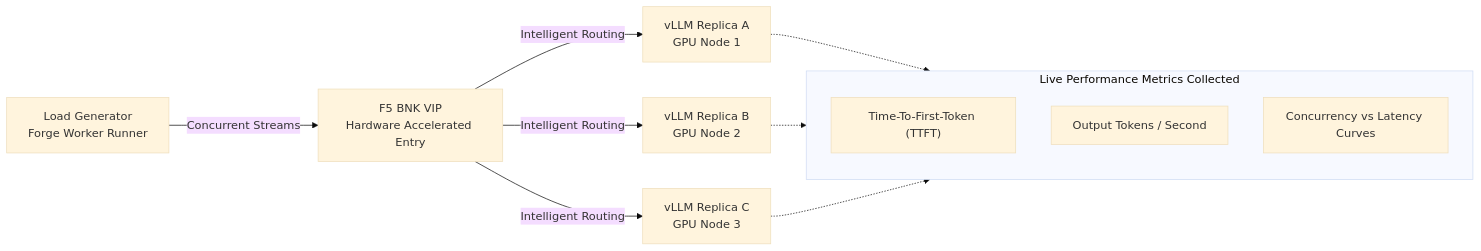
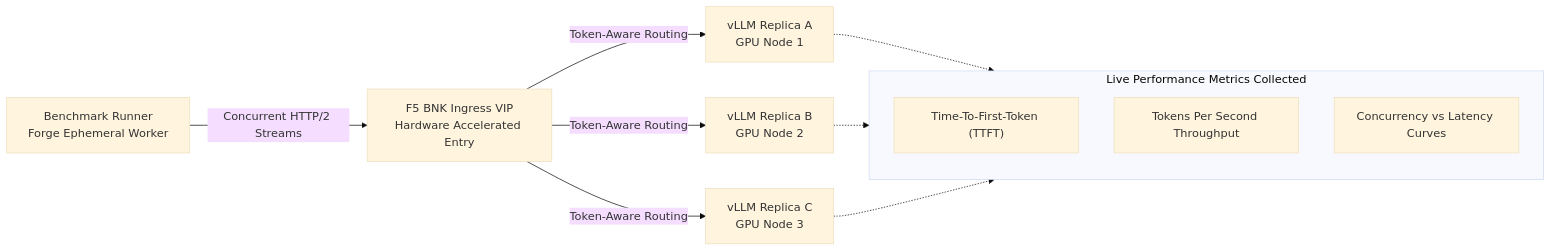
Before and after one commit to f5devcentral/bnk-forge: the fifth of 6 diagrams in docs/DEVCENTRAL_OVERVIEW.md, drawn with Mermaid (base theme). The commit also changed other lines of this file and 1 other file, not shown here.

Commit message:
docs: remove sales terminology in favor of technical architecture and operational facts

````diff
--- a/docs/DEVCENTRAL_OVERVIEW.md
+++ b/docs/DEVCENTRAL_OVERVIEW.md
@@ -178,17 +221,17 @@
 ```mermaid
 flowchart LR
-    LoadGen["Load Generator\nForge Worker Runner"] -->|Concurrent Streams| VIP["F5 BNK VIP\nHardware Accelerated Entry"]
-    VIP -->|Intelligent Routing| Pod1["vLLM Replica A\nGPU Node 1"]
-    VIP -->|Intelligent Routing| Pod2["vLLM Replica B\nGPU Node 2"]
-    VIP -->|Intelligent Routing| Pod3["vLLM Replica C\nGPU Node 3"]
+    LoadGen["Benchmark Runner\nForge Ephemeral Worker"] -->|Concurrent HTTP/2 Streams| VIP["F5 BNK Ingress VIP\nHardware Accelerated Entry"]
+    VIP -->|Token-Aware Routing| Pod1["vLLM Replica A\nGPU Node 1"]
+    VIP -->|Token-Aware Routing| Pod2["vLLM Replica B\nGPU Node 2"]
+    VIP -->|Token-Aware Routing| Pod3["vLLM Replica C\nGPU Node 3"]
 
     subgraph Metrics["Live Performance Metrics Collected"]
         M1["Time-To-First-Token (TTFT)"]
-        M2["Output Tokens / Second"]
+        M2["Tokens Per Second Throughput"]
         M3["Concurrency vs Latency Curves"]
     end
 
     Pod1 -.-> Metrics
     Pod2 -.-> Metrics
     Pod3 -.-> Metrics
 ```
````
